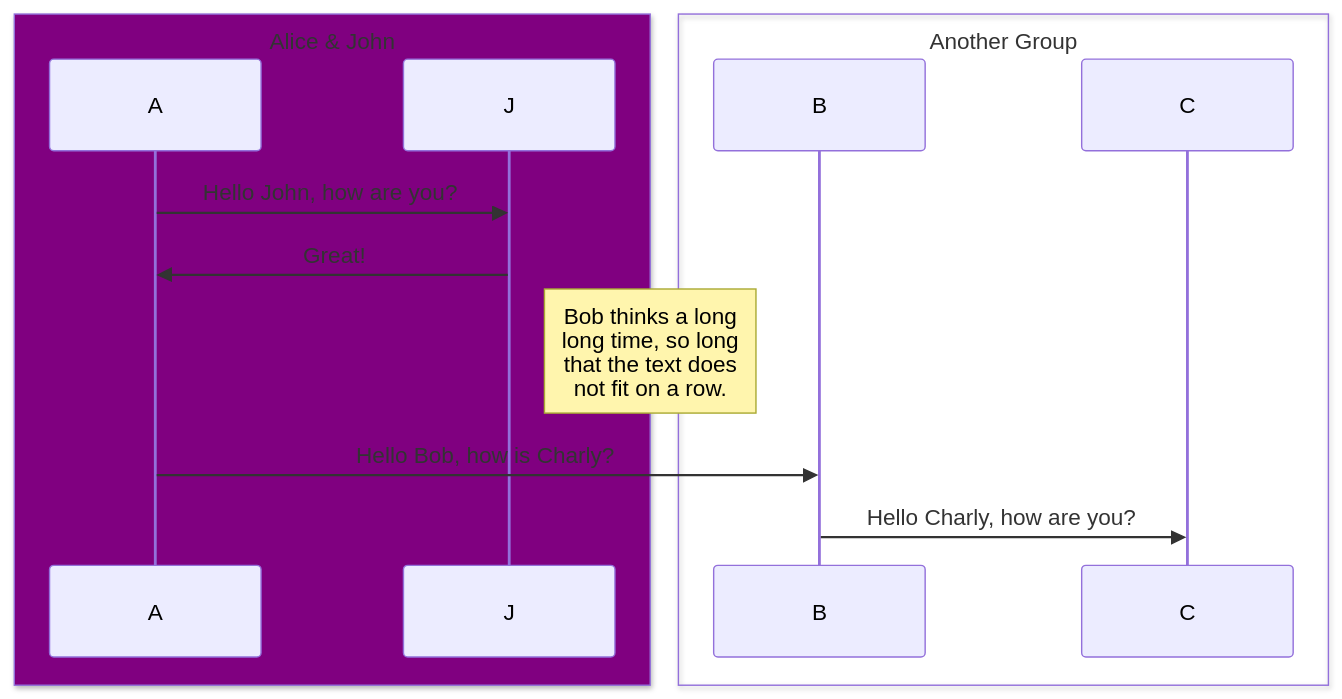
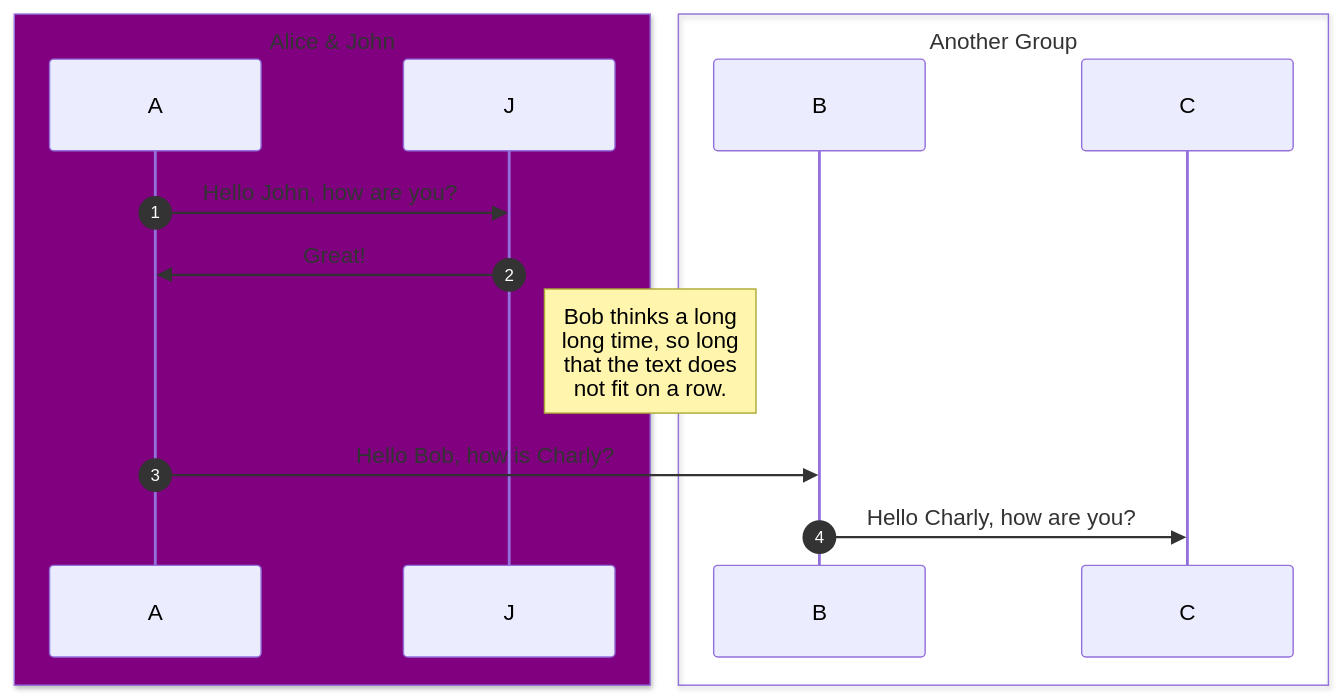
One commit to jtaverne/ovh changed the second of 2 diagrams in tls_1.3.md. Above: the diagram before and after it, drawn with Mermaid.

````diff
--- a/tls_1.3.md
+++ b/tls_1.3.md
@@ -19,16 +19,17 @@
 ```mermaid
 sequenceDiagram
+    autonumber
     box Purple Alice & John
     participant A
     participant J
     end
     box Another Group
     participant B
     participant C
     end
     A->>J: Hello John, how are you?
     J->>A: Great!
 Note right of J: Bob thinks a long<br/>long time, so long<br/>that the text does<br/>not fit on a row.
     A->>B: Hello Bob, how is Charly?
     B->>C: Hello Charly, how are you?
 ```
````
